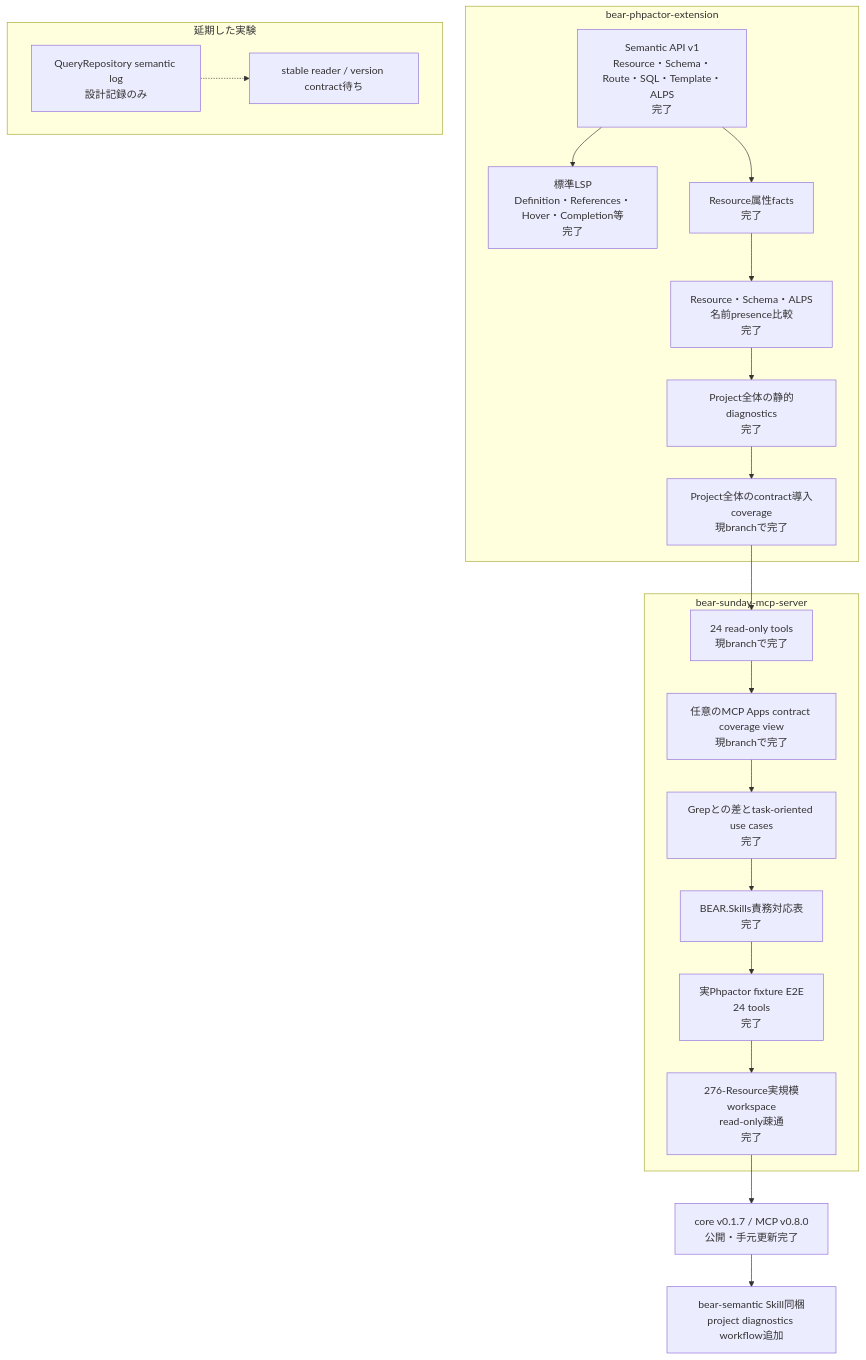
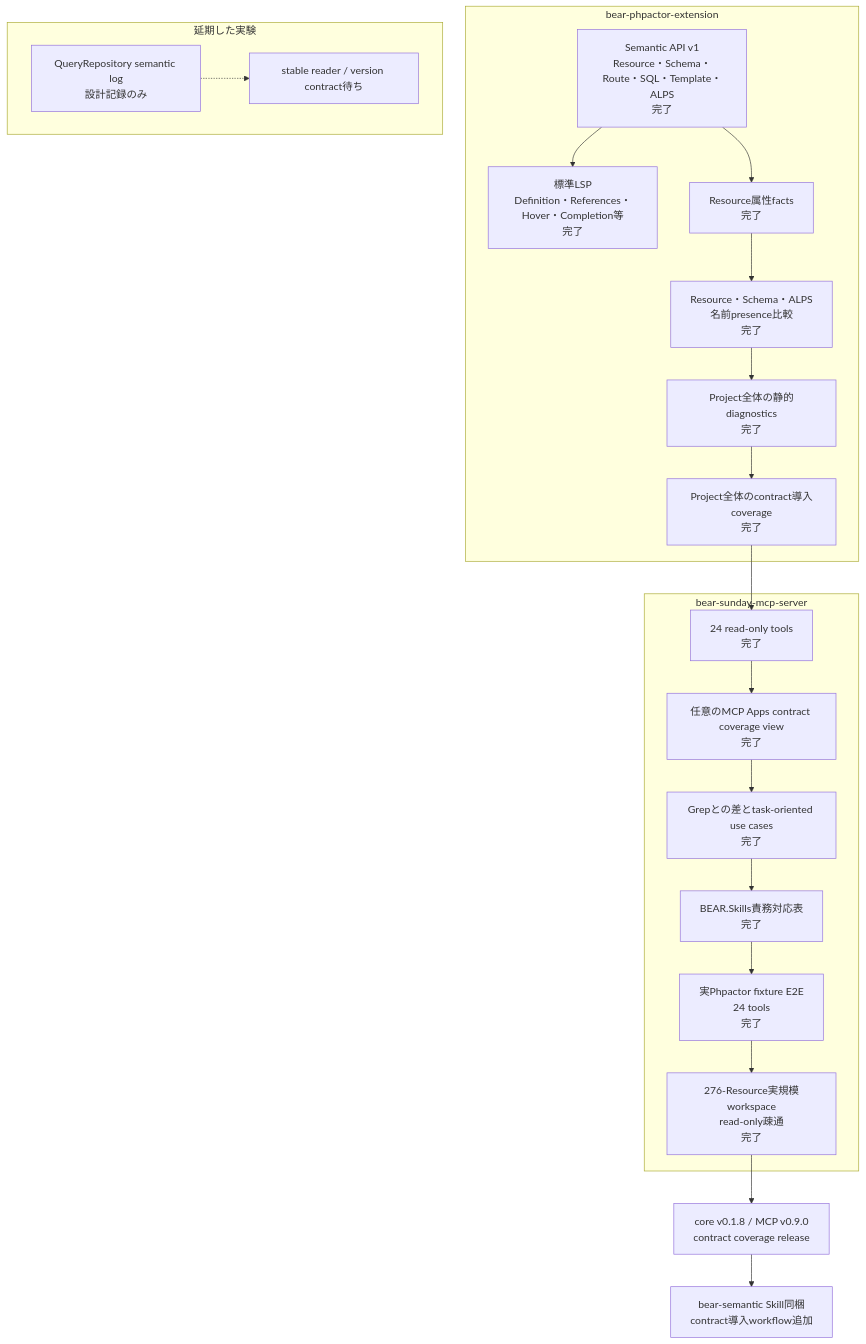
One commit to suzumaze/bear-sunday-mcp-server changed the diagram in docs/project-status.ja.md. Above: the diagram before and after it, drawn with Mermaid. The commit also changed other lines of this file and 7 other files, not shown here.

````diff
--- a/docs/project-status.ja.md
+++ b/docs/project-status.ja.md
@@ -8,34 +8,34 @@
 ```mermaid
 flowchart TB
     subgraph Core["bear-phpactor-extension"]
         C1["Semantic API v1<br/>Resource・Schema・Route・SQL・Template・ALPS<br/>完了"]
         C2["標準LSP<br/>Definition・References・Hover・Completion等<br/>完了"]
         C3["Resource属性facts<br/>完了"]
         C4["Resource・Schema・ALPS<br/>名前presence比較<br/>完了"]
         C5["Project全体の静的diagnostics<br/>完了"]
-        C6["Project全体のcontract導入coverage<br/>現branchで完了"]
+        C6["Project全体のcontract導入coverage<br/>完了"]
         C1 --> C2
         C1 --> C3 --> C4 --> C5 --> C6
     end
 
     subgraph MCP["bear-sunday-mcp-server"]
-        M1["24 read-only tools<br/>現branchで完了"]
-        M0["任意のMCP Apps contract coverage view<br/>現branchで完了"]
+        M1["24 read-only tools<br/>完了"]
+        M0["任意のMCP Apps contract coverage view<br/>完了"]
         M2["Grepとの差とtask-oriented use cases<br/>完了"]
         M3["BEAR.Skills責務対応表<br/>完了"]
         M4["実Phpactor fixture E2E<br/>24 tools<br/>完了"]
         M5["276-Resource実規模workspace<br/>read-only疎通<br/>完了"]
         M1 --> M0 --> M2 --> M3 --> M4 --> M5
     end
 
     C6 --> M1
 
     subgraph Deferred["延期した実験"]
         D1["QueryRepository semantic log<br/>設計記録のみ"]
         D2["stable reader / version contract待ち"]
         D1 -.-> D2
     end
 
-    M5 --> R1["core v0.1.7 / MCP v0.8.0<br/>公開・手元更新完了"]
-    R1 --> S1["bear-semantic Skill同梱<br/>project diagnostics workflow追加"]
+    M5 --> R1["core v0.1.8 / MCP v0.9.0<br/>contract coverage release"]
+    R1 --> S1["bear-semantic Skill同梱<br/>contract導入workflow追加"]
 ```
````
